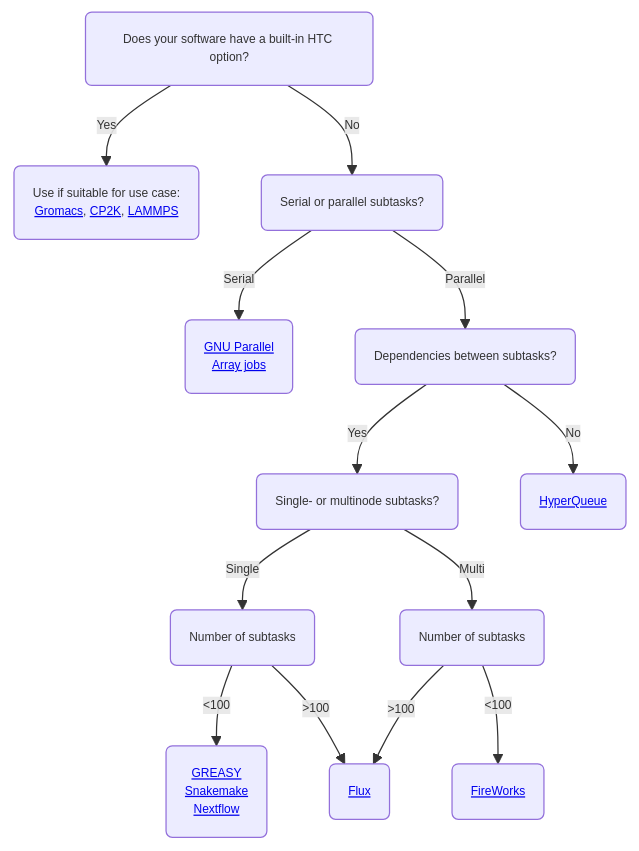
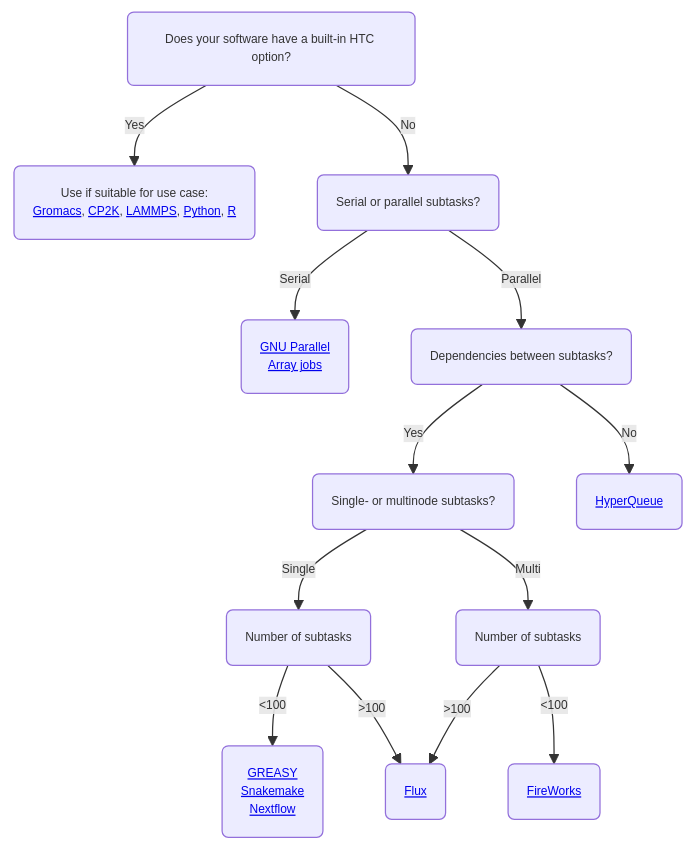
One commit to CSCfi/csc-user-guide changed the first of 2 diagrams in docs/computing/running/throughput.md. Above: the diagram before and after it, drawn with Mermaid. The commit also changed other lines of this file, not shown here.

Commit message:
Add Python and R parallelization

````diff
--- a/docs/computing/running/throughput.md
+++ b/docs/computing/running/throughput.md
@@ -50,16 +50,16 @@
 ```mermaid
 %%{init: {'theme': 'default', 'themeVariables': { 'fontSize': '0.6rem'}}}%%
 graph TD
-    C(Does your software have a built-in HTC option?) -->|Yes| D("Use if suitable for use case:<br><a href='/apps/gromacs/#high-throughput-computing-with-gromacs'>Gromacs</a>, <a href='/apps/cp2k/#high-throughput-computing-with-gromacs'>CP2K</a>, <a href='/apps/lammps/#high-throughput-computing-with-gromacs'>LAMMPS</a>")
+    C(Does your software have a built-in HTC option?) -->|Yes| D("Use if suitable for use case:<br><a href='/apps/gromacs/#high-throughput-computing-with-gromacs'>Gromacs</a>, <a href='/apps/cp2k/#high-throughput-computing-with-gromacs'>CP2K</a>, <a href='/apps/lammps/#high-throughput-computing-with-gromacs'>LAMMPS</a>, <a href='apps/python#python-parallel-jobs'>Python</a>, <a href='apps/r-env-singularity/#parallel-batch-jobs'>R</a> ")
     C -->|No| E(Serial or parallel subtasks?)
     E -->|Serial| F(<a href='/support/tutorials/many/'>GNU Parallel</a><br><a href='/computing/running/array-jobs/'>Array jobs</a>)
     E -->|Parallel| G(Dependencies between subtasks?)
     G -->|Yes| H(Single- or multinode subtasks?)
     G -->|No| I(<a href='https://it4innovations.github.io/hyperqueue/stable/'>HyperQueue</a>)
     H -->|Single| J(Number of subtasks)
     H -->|Multi| K(Number of subtasks)
     J -->|<100| M(<a href='/computing/running/greasy/'>GREASY</a><br><a href='https://snakemake.readthedocs.io/en/stable/'>Snakemake</a><br><a href='/support/tutorials/nextflow-puhti/'>Nextflow</a>)
     K -->|<100| O(<a href='/computing/running/fireworks/'>FireWorks</a>)
     J -->|>100| L(<a href='http://flux-framework.org/'>Flux</a>)
     K -->|>100| L
 ```
````
